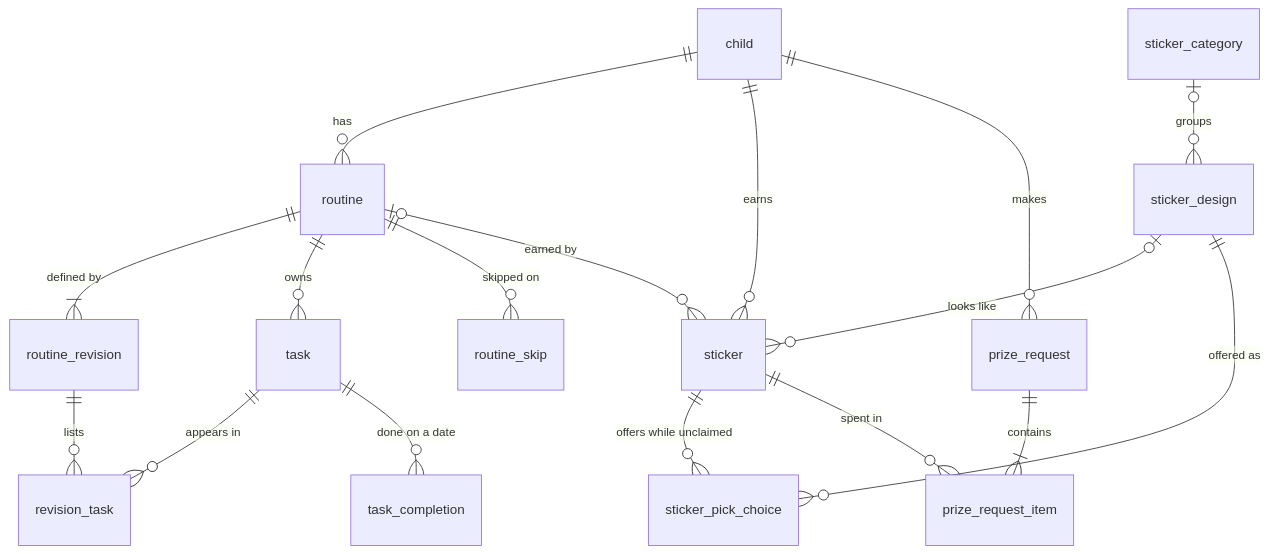
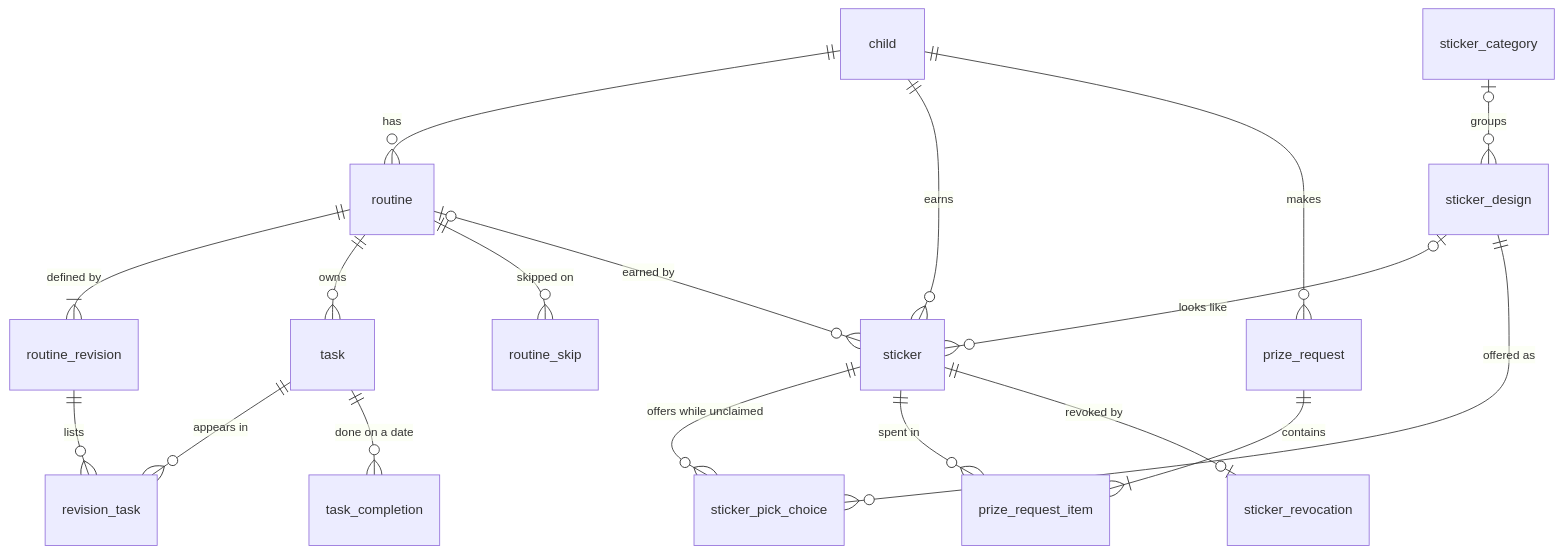
The second of 5 diagrams in docs/TDD.md (pw10n/sticker-bank), drawn with Mermaid before and after one commit. The commit also changed other lines of this file and 437 other files, not shown here.

````diff
--- a/docs/TDD.md
+++ b/docs/TDD.md
@@ -199,19 +201,20 @@
 ```mermaid
 erDiagram
     child ||--o{ routine : has
     routine ||--|{ routine_revision : "defined by"
     routine ||--o{ task : owns
     routine_revision ||--o{ revision_task : lists
     task ||--o{ revision_task : "appears in"
     task ||--o{ task_completion : "done on a date"
     routine ||--o{ routine_skip : "skipped on"
     child ||--o{ sticker : earns
     routine |o--o{ sticker : "earned by"
     sticker_design |o--o{ sticker : "looks like"
     sticker ||--o{ sticker_pick_choice : "offers while unclaimed"
     sticker_design ||--o{ sticker_pick_choice : "offered as"
     sticker_category |o--o{ sticker_design : groups
     child ||--o{ prize_request : makes
     prize_request ||--|{ prize_request_item : contains
     sticker ||--o{ prize_request_item : "spent in"
+    sticker ||--o| sticker_revocation : "revoked by"
 ```
````
